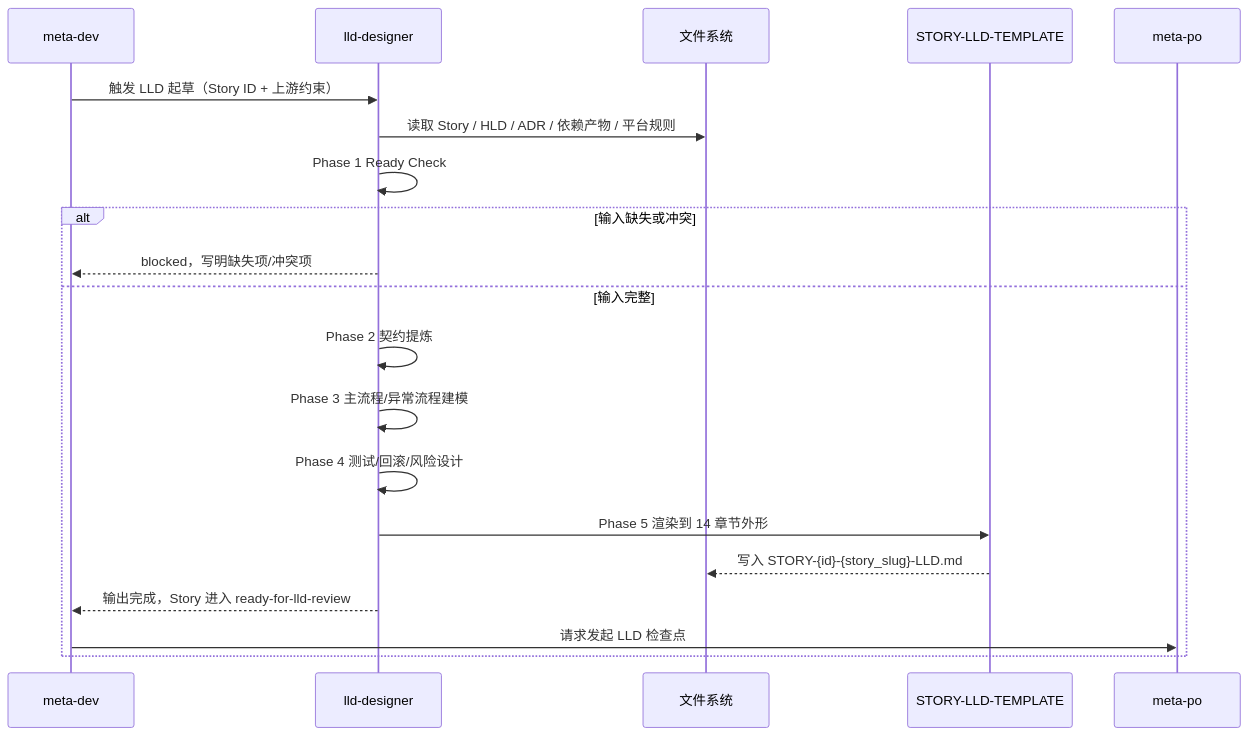
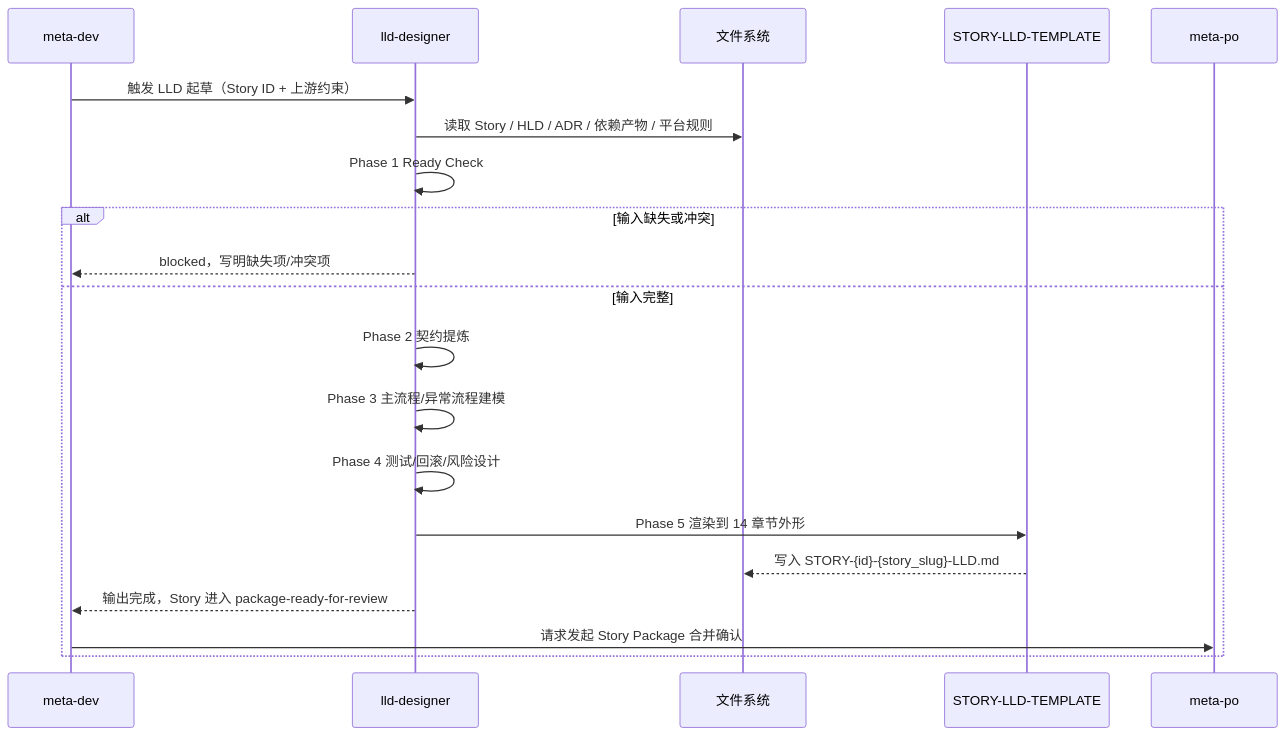
One commit to hyde-zhao/meta-flow changed the second of 3 diagrams in process/HLD-lld-writing-method.md. Above: the diagram before and after it, drawn with Mermaid. The commit also changed other lines of this file and 34 other files, not shown here.

````diff
--- a/process/HLD-lld-writing-method.md
+++ b/process/HLD-lld-writing-method.md
@@ -408,23 +420,23 @@
 ```mermaid
 sequenceDiagram
   participant DEV as meta-dev
   participant LLD as lld-designer
   participant FS as 文件系统
   participant TMP as STORY-LLD-TEMPLATE
   participant PO as meta-po
 
   DEV->>LLD: 触发 LLD 起草（Story ID + 上游约束）
   LLD->>FS: 读取 Story / HLD / ADR / 依赖产物 / 平台规则
   LLD->>LLD: Phase 1 Ready Check
   alt 输入缺失或冲突
     LLD-->>DEV: blocked，写明缺失项/冲突项
   else 输入完整
     LLD->>LLD: Phase 2 契约提炼
     LLD->>LLD: Phase 3 主流程/异常流程建模
     LLD->>LLD: Phase 4 测试/回滚/风险设计
     LLD->>TMP: Phase 5 渲染到 14 章节外形
     TMP-->>FS: 写入 STORY-{id}-{story_slug}-LLD.md
-    LLD-->>DEV: 输出完成，Story 进入 ready-for-lld-review
-    DEV->>PO: 请求发起 LLD 检查点
+    LLD-->>DEV: 输出完成，Story 进入 package-ready-for-review
+    DEV->>PO: 请求发起 Story Package 合并确认
   end
 ```
````
